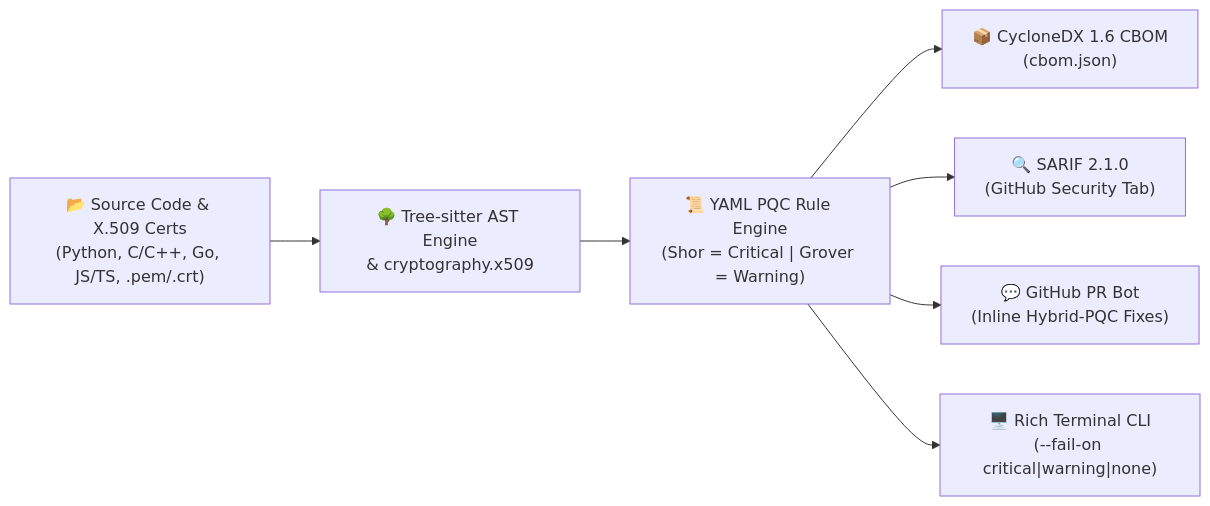
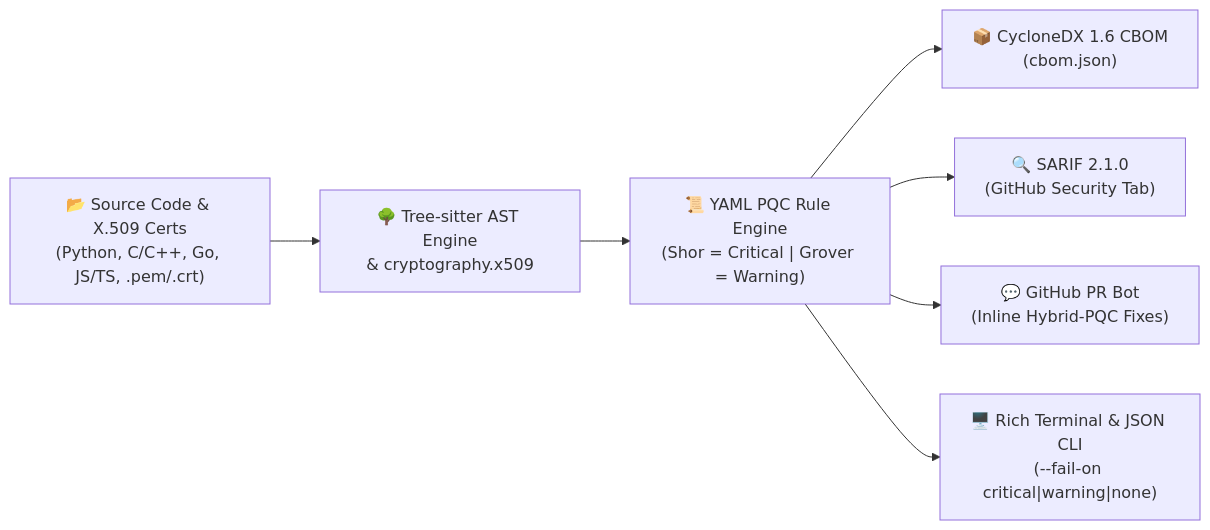
One commit to PelleNybe/cbom-guard changed the diagram in README.md. Above: the diagram before and after it, drawn with Mermaid. The commit also changed other lines of this file and 11 other files, not shown here.

````diff
--- a/README.md
+++ b/README.md
@@ -33,9 +46,9 @@
 ```mermaid
 flowchart LR
     A["📂 Source Code & X.509 Certs<br/>(Python, C/C++, Go, JS/TS, .pem/.crt)"] --> B["🌳 Tree-sitter AST Engine<br/>& cryptography.x509"]
     B --> C["📜 YAML PQC Rule Engine<br/>(Shor = Critical | Grover = Warning)"]
     C --> D["📦 CycloneDX 1.6 CBOM<br/>(cbom.json)"]
     C --> E["🔍 SARIF 2.1.0<br/>(GitHub Security Tab)"]
     C --> F["💬 GitHub PR Bot<br/>(Inline Hybrid-PQC Fixes)"]
-    C --> G["🖥️ Rich Terminal CLI<br/>(--fail-on critical|warning|none)"]
+    C --> G["🖥️ Rich Terminal & JSON CLI<br/>(--fail-on critical|warning|none)"]
 ```
````
